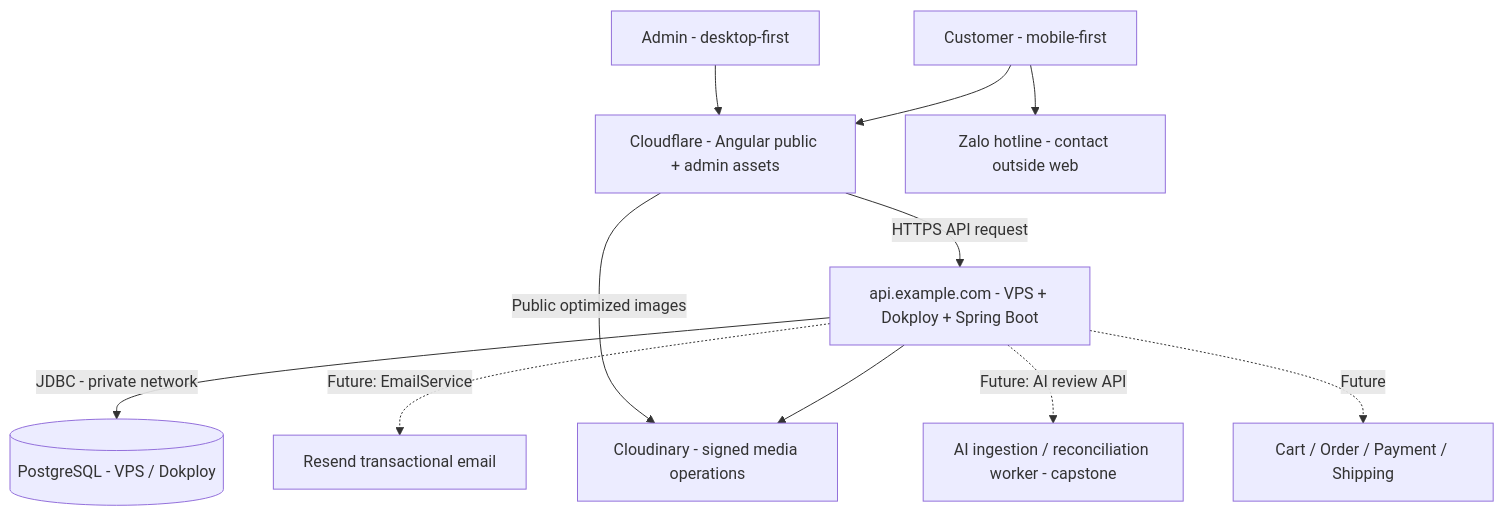
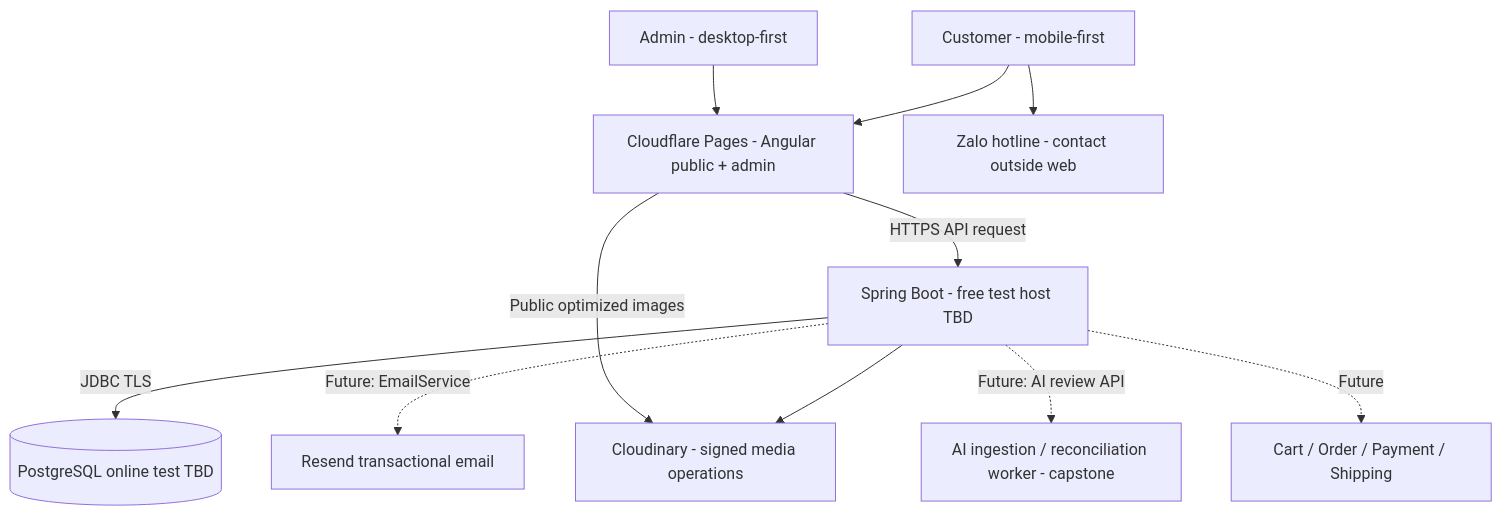
One commit to nanashi-vie/me-may changed the fourth of 4 diagrams in docs/MASTER_PLAN.md. Above: the diagram before and after it, drawn with Mermaid. The commit also changed other lines of this file and 7 other files, not shown here.

````diff
--- a/docs/MASTER_PLAN.md
+++ b/docs/MASTER_PLAN.md
@@ -210,13 +212,13 @@
 ```mermaid
 flowchart TB
-  C[Customer - mobile-first] --> CF[Cloudflare - Angular public + admin assets]
+  C[Customer - mobile-first] --> CF[Cloudflare Pages - Angular public + admin]
   A[Admin - desktop-first] --> CF
-  CF -->|HTTPS API request| API[api.example.com - VPS + Dokploy + Spring Boot]
-  API -->|JDBC - private network| DB[(PostgreSQL - VPS / Dokploy)]
+  CF -->|HTTPS API request| API[Spring Boot - free test host TBD]
+  API -->|JDBC TLS| DB[(PostgreSQL online test TBD)]
   API --> MEDIA[Cloudinary - signed media operations]
   CF -->|Public optimized images| MEDIA
   C --> CHAT[Zalo hotline - contact outside web]
   API -. Future: EmailService .-> EMAIL[Resend transactional email]
   API -. Future: AI review API .-> AI[AI ingestion / reconciliation worker - capstone]
   API -. Future .-> ORDER[Cart / Order / Payment / Shipping]
 ```
````
